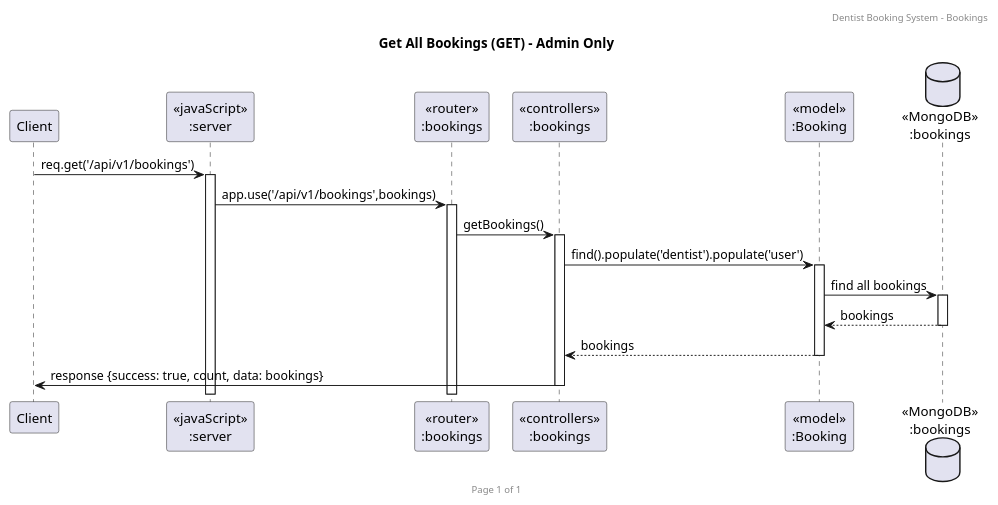
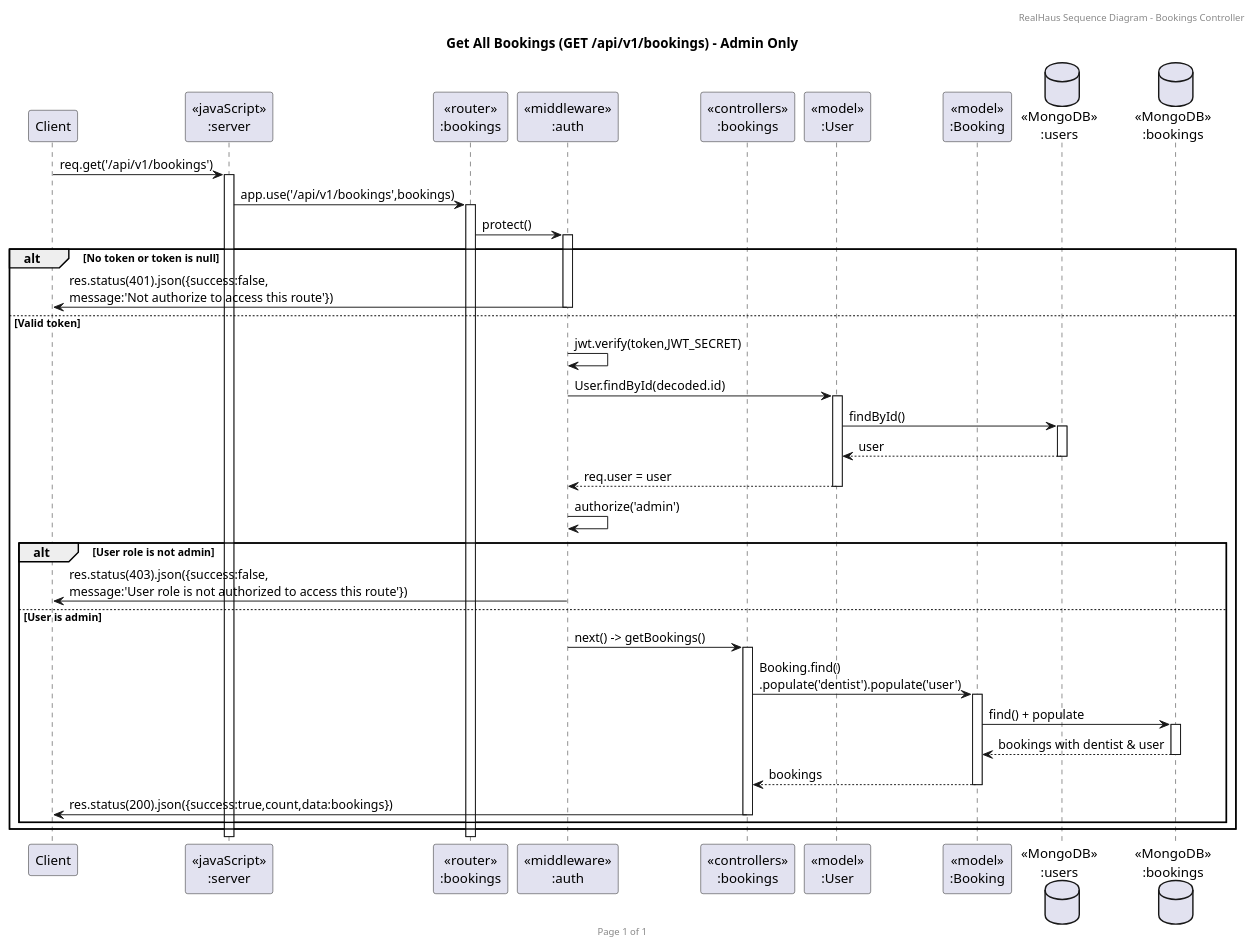
The diagram in sequence-diagram/bookings/getBookings.puml (2110503-CEDT68/se-project-be-68-2-haus89), drawn with PlantUML before and after one commit. The commit also changed 31 other files, not shown here.

Commit message:
fix: update User scheme, controllers, routes and sequence-diagram

```diff
--- a/sequence-diagram/bookings/getBookings.puml
+++ b/sequence-diagram/bookings/getBookings.puml
@@ -1,23 +1,45 @@
 @startuml Get All Bookings (GET)
 
-header Dentist Booking System - Bookings
+header RealHaus Sequence Diagram - Bookings Controller
 footer Page %page% of %lastpage%
-title "Get All Bookings (GET) - Admin Only"
+title "Get All Bookings (GET /api/v1/bookings) - Admin Only"
 
 participant "Client" as client
 participant "<<javaScript>>\n:server" as server
 participant "<<router>>\n:bookings" as routerBookings
+participant "<<middleware>>\n:auth" as middlewareAuth
 participant "<<controllers>>\n:bookings" as controllersBookings
+participant "<<model>>\n:User" as modelUser
 participant "<<model>>\n:Booking" as modelBooking
-database "<<MongoDB>>\n:bookings" as BookingsDatabase
+database "<<MongoDB>>\n:users" as UsersDB
+database "<<MongoDB>>\n:bookings" as BookingsDB
 
 client->server ++:req.get('/api/v1/bookings')
 server->routerBookings ++:app.use('/api/v1/bookings',bookings)
-routerBookings -> controllersBookings ++:getBookings()
-controllersBookings->modelBooking ++:find().populate('dentist').populate('user')
-modelBooking ->BookingsDatabase ++: find all bookings
-BookingsDatabase --> modelBooking --: bookings
-controllersBookings <-- modelBooking --:bookings
-controllersBookings->client --:response {success: true, count, data: bookings}
+routerBookings -> middlewareAuth ++:protect()
+
+alt No token or token is null
+    middlewareAuth->client --:res.status(401).json({success:false,\nmessage:'Not authorize to access this route'})
+else Valid token
+    middlewareAuth->middlewareAuth :jwt.verify(token,JWT_SECRET)
+    middlewareAuth->modelUser ++:User.findById(decoded.id)
+    modelUser->UsersDB ++: findById()
+    UsersDB-->modelUser --: user
+    middlewareAuth<--modelUser --:req.user = user
+    middlewareAuth -> middlewareAuth :authorize('admin')
+
+    alt User role is not admin
+        middlewareAuth->client --:res.status(403).json({success:false,\nmessage:'User role is not authorized to access this route'})
+    else User is admin
+        middlewareAuth -> controllersBookings ++:next() -> getBookings()
+
+        controllersBookings->modelBooking ++:Booking.find()\n.populate('dentist').populate('user')
+        modelBooking->BookingsDB ++: find() + populate
+        BookingsDB-->modelBooking --: bookings with dentist & user
+        controllersBookings<--modelBooking --:bookings
+
+        controllersBookings->client --:res.status(200).json({success:true,count,data:bookings})
+    end
+end
 
 @enduml
```
